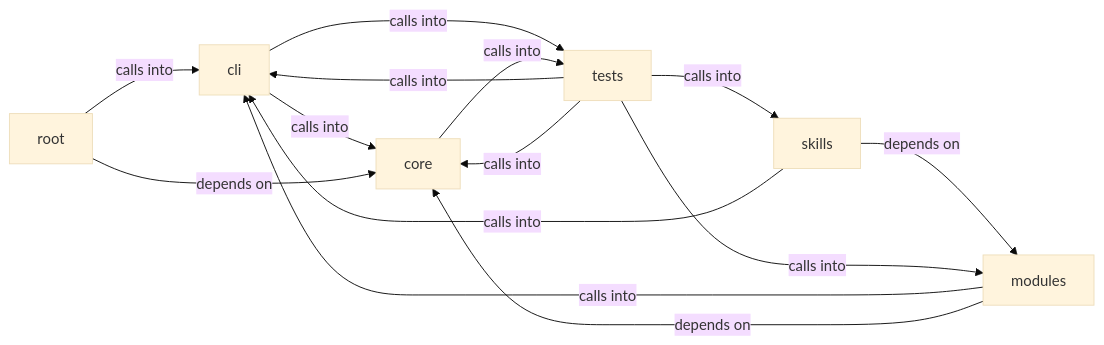
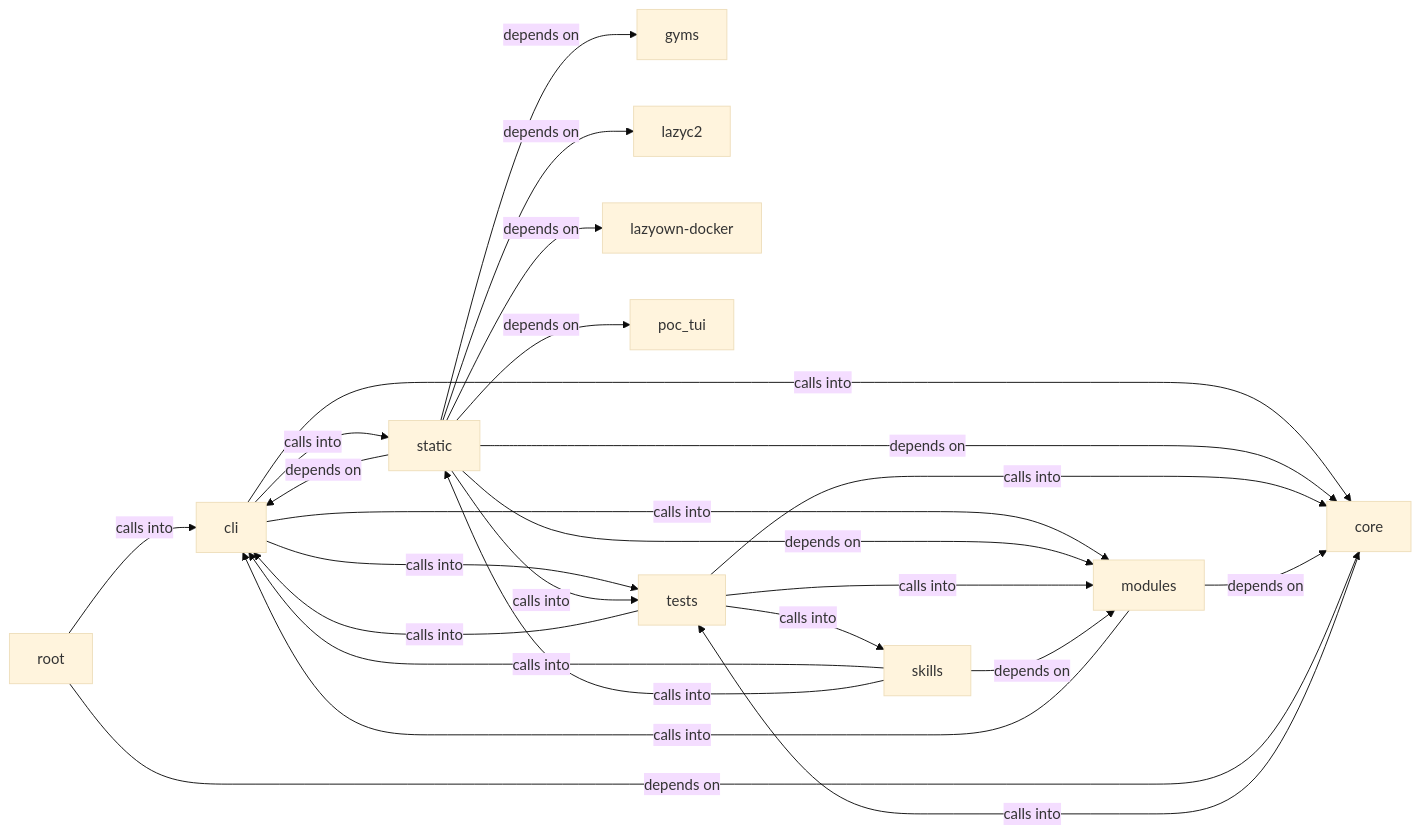
One commit to grisuno/LazyOwn changed the diagram in readmenator-diagrams/cli.md. Above: the diagram before and after it, drawn with Mermaid (base theme). The commit also changed other lines of this file and 226 other files, not shown here.

````diff
--- a/readmenator-diagrams/cli.md
+++ b/readmenator-diagrams/cli.md
@@ -5,22 +5,38 @@
 ```mermaid
 graph LR
     cli["cli"]
     core["core"]
+    gyms["gyms"]
+    lazyc2["lazyc2"]
+    lazyown_docker["lazyown-docker"]
     modules["modules"]
+    poc_tui["poc_tui"]
     root["root"]
     skills["skills"]
+    static["static"]
     tests["tests"]
+    cli -- "calls into" --> static
+    cli -- "calls into" --> tests
     cli -- "calls into" --> core
-    cli -- "calls into" --> tests
+    cli -- "calls into" --> modules
+    static -- "depends on" --> cli
+    static -- "calls into" --> tests
+    static -- "depends on" --> core
+    static -- "depends on" --> gyms
+    static -- "depends on" --> lazyc2
+    static -- "depends on" --> lazyown_docker
+    static -- "depends on" --> modules
+    static -- "depends on" --> poc_tui
+    tests -- "calls into" --> cli
+    tests -- "calls into" --> core
+    tests -- "calls into" --> modules
+    tests -- "calls into" --> skills
     core -- "calls into" --> tests
     modules -- "calls into" --> cli
     modules -- "depends on" --> core
     root -- "calls into" --> cli
     root -- "depends on" --> core
     skills -- "calls into" --> cli
+    skills -- "calls into" --> static
     skills -- "depends on" --> modules
-    tests -- "calls into" --> cli
-    tests -- "calls into" --> core
-    tests -- "calls into" --> modules
-    tests -- "calls into" --> skills
 ```
````
